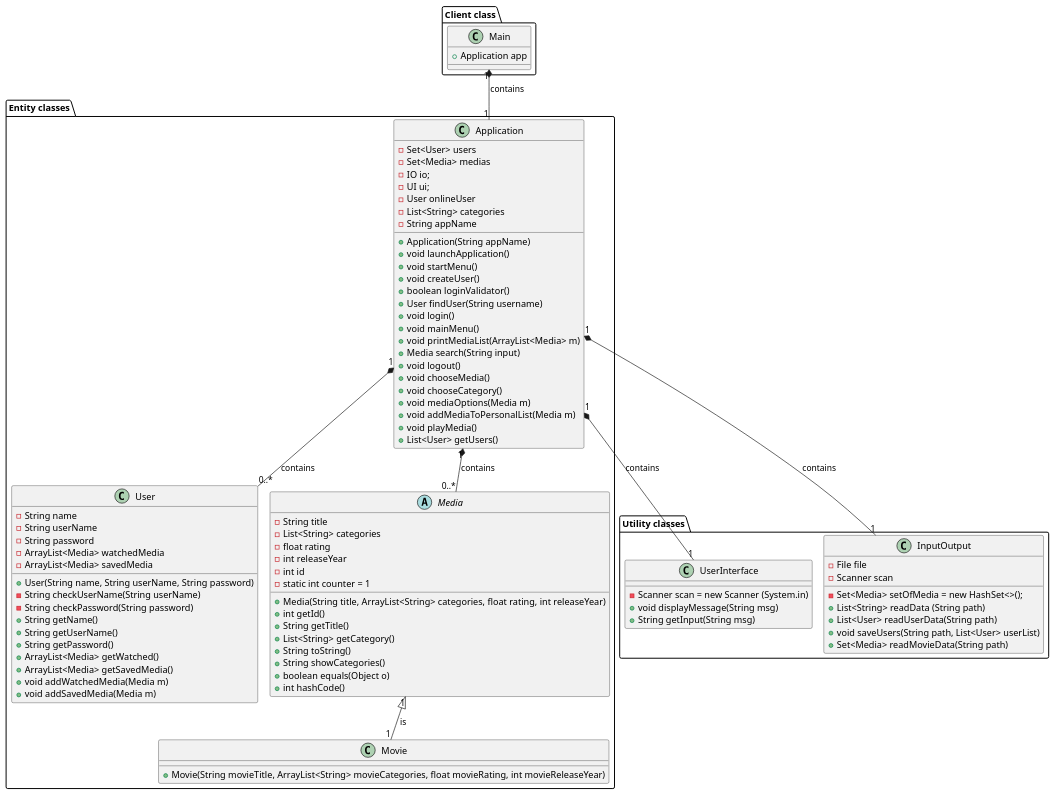
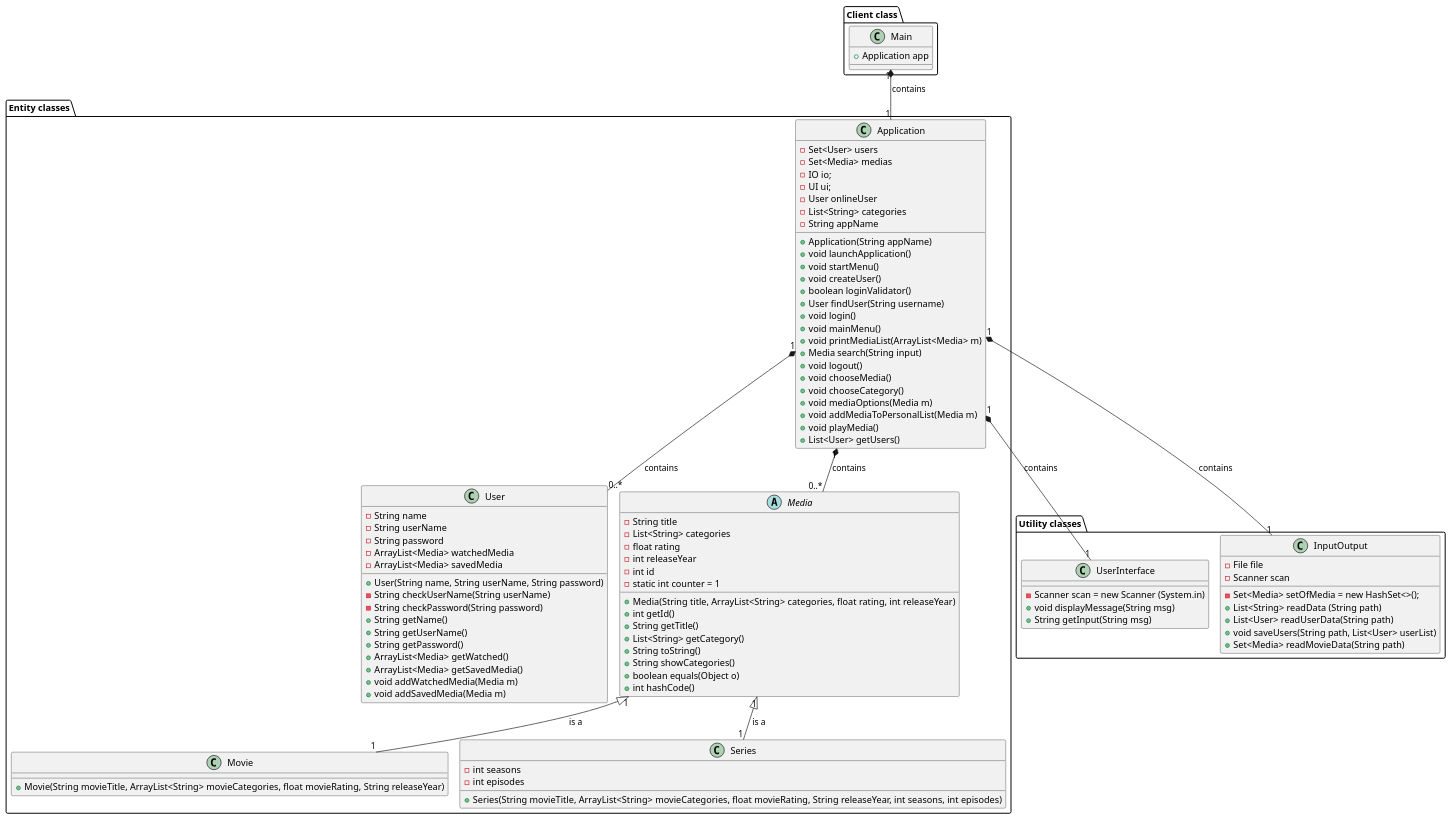
The diagram in src/Documents/classDiagram.puml (badranyoussef/SP3), drawn with PlantUML before and after one commit.

Commit message:
classDiagram Series

```diff
--- a/src/Documents/classDiagram.puml
+++ b/src/Documents/classDiagram.puml
@@ -1,107 +1,112 @@
 @startuml
 'https://plantuml.com/class-diagram
 !pragma layout smetana
 
 'Client Package
 package "Client class"{
 class Main
 }
 
 'Utility Package
 package "Utility classes"{
 class UserInterface
 class InputOutput
 }
 
 'Entity Package
 package "Entity classes"{
 class Movie
 class Application
 class User
 abstract Media
+class Series
 }
 
 'Label on Relations !MANGLER
 Application "1" *-- "1" UserInterface: contains
 Application "1" *-- "1" InputOutput: contains
 Application "1" *-- "0..*" User: contains
 Application "1" *-- "0..*" Media: contains
-Media "1" <|-- "1" Movie: is
+Media "1" <|-- "1" Movie: is a
+Media "1" <|-- "1" Series: is a
 Main "1" *-- "1" Application: contains
 
 'Class Methods & Attributes
 Main : + Application app
 
 Application : - Set<User> users
 Application : - Set<Media> medias
 Application : - IO io;
 Application : - UI ui;
 Application : - User onlineUser
 Application : - List<String> categories
 Application : - String appName
 Application : + Application(String appName)
 Application : + void launchApplication()
 Application : + void startMenu()
 Application : + void createUser()
 Application : + boolean loginValidator()
 Application : + User findUser(String username)
 Application : + void login()
 Application : + void mainMenu()
 Application : + void printMediaList(ArrayList<Media> m)
 Application : + Media search(String input)
 Application : + void logout()
 Application : + void chooseMedia()
 Application : + void chooseCategory()
 Application : + void mediaOptions(Media m)
 Application : + void addMediaToPersonalList(Media m)
 Application : + void playMedia()
 Application : + List<User> getUsers()
 
 User : - String name
 User : - String userName
 User : - String password
 User : - ArrayList<Media> watchedMedia
 User : - ArrayList<Media> savedMedia
 User : + User(String name, String userName, String password)
 User : - String checkUserName(String userName)
 User : - String checkPassword(String password)
 
 User : + String getName()
 User : + String getUserName()
 User : + String getPassword()
 User : + ArrayList<Media> getWatched()
 User : + ArrayList<Media> getSavedMedia()
 User : + void addWatchedMedia(Media m)
 User : + void addSavedMedia(Media m)
 
 InputOutput : - File file
 InputOutput : - Scanner scan
 InputOutput : - Set<Media> setOfMedia = new HashSet<>();
 InputOutput : + List<String> readData (String path)
 InputOutput : + List<User> readUserData(String path)
 InputOutput : + void saveUsers(String path, List<User> userList)
 InputOutput : + Set<Media> readMovieData(String path)
 
 UserInterface : - Scanner scan = new Scanner (System.in)
 UserInterface : + void displayMessage(String msg)
 UserInterface : + String getInput(String msg)
 
 Media : - String title
 Media : - List<String> categories
 Media : - float rating
 Media : - int releaseYear
 Media : - int id
 Media : - static int counter = 1
 Media : + Media(String title, ArrayList<String> categories, float rating, int releaseYear)
 Media : + int getId()
 Media : + String getTitle()
 Media : + List<String> getCategory()
 Media : + String toString()
 Media : + String showCategories()
 Media : + boolean equals(Object o)
 Media : + int hashCode()
 
-Movie : + Movie(String movieTitle, ArrayList<String> movieCategories, float movieRating, int movieReleaseYear)
+Movie : + Movie(String movieTitle, ArrayList<String> movieCategories, float movieRating, String releaseYear)
 
+Series : - int seasons
+Series : - int episodes
+Series : + Series(String movieTitle, ArrayList<String> movieCategories, float movieRating, String releaseYear, int seasons, int episodes)
 
 @enduml
```
